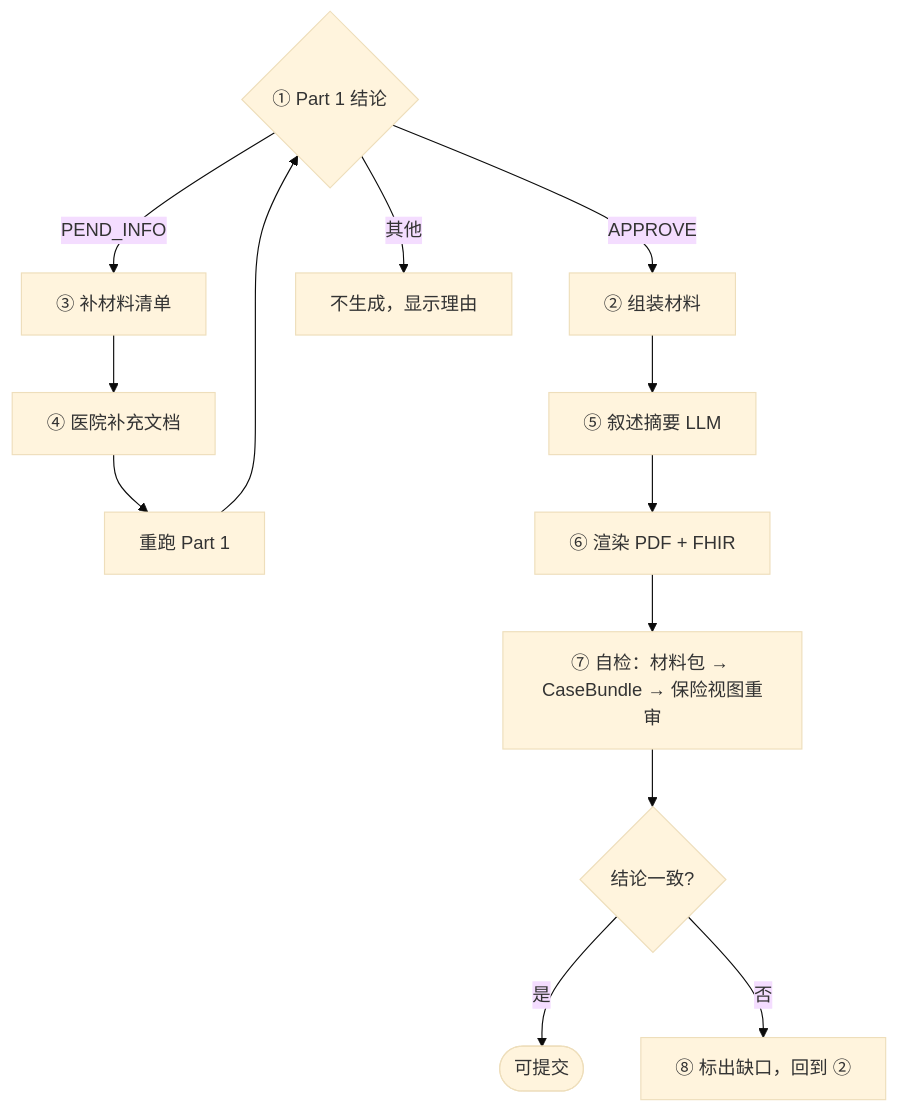
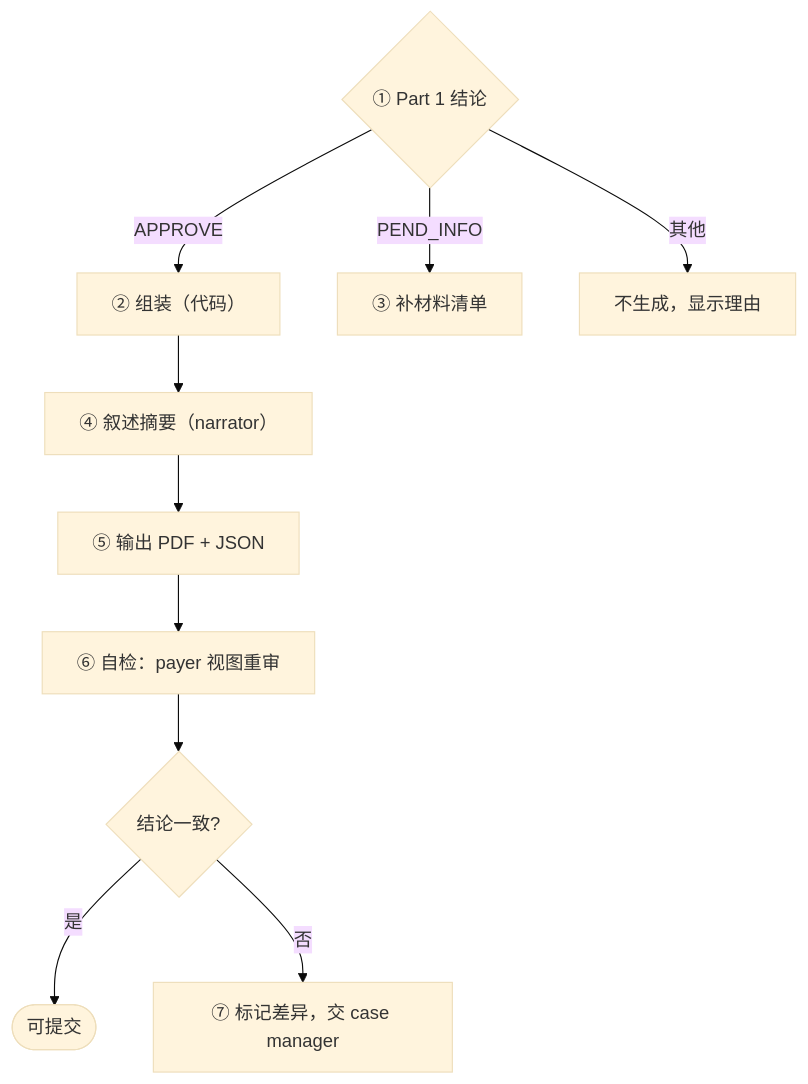
Before and after one commit to cherry-nancy/claims_agentic_system: the eighth of 9 diagrams in plan/snf_pa_consensus_work_plan_1025.md, drawn with Mermaid (base theme). The commit also changed other lines of this file, not shown here.

````diff
--- a/plan/snf_pa_consensus_work_plan_1025.md
+++ b/plan/snf_pa_consensus_work_plan_1025.md
@@ -548,14 +471,12 @@
 ```mermaid
 flowchart TD
-  D{"① Part 1 结论"} -- APPROVE --> A["② 组装材料"]
+  D{"① Part 1 结论"} -- APPROVE --> A["② 组装（代码）"]
   D -- PEND_INFO --> R["③ 补材料清单"]
   D -- 其他 --> N["不生成，显示理由"]
-  R --> U["④ 医院补充文档"]
-  U --> RE["重跑 Part 1"] --> D
-  A --> S["⑤ 叙述摘要 LLM"]
-  S --> V["⑥ 渲染 PDF + FHIR"]
-  V --> SC["⑦ 自检：材料包 → CaseBundle → 保险视图重审"]
+  A --> S["④ 叙述摘要（narrator）"]
+  S --> V["⑤ 输出 PDF + JSON"]
+  V --> SC["⑥ 自检：payer 视图重审"]
   SC --> OK{"结论一致?"}
   OK -- 是 --> REL(["可提交"])
-  OK -- 否 --> GAP["⑧ 标出缺口，回到 ②"]
+  OK -- 否 --> F["⑦ 标记差异，交 case manager"]
 ```
````
